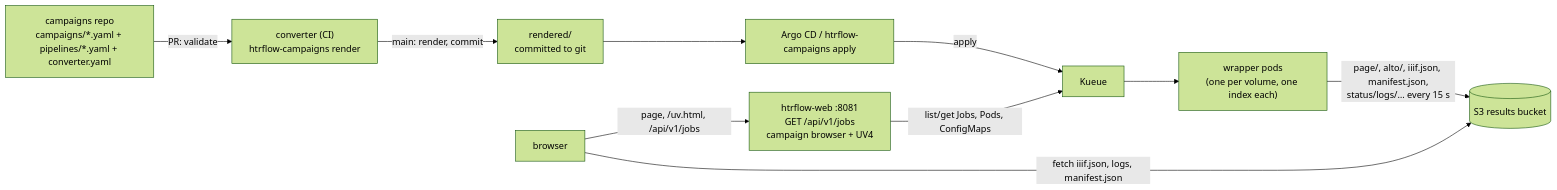
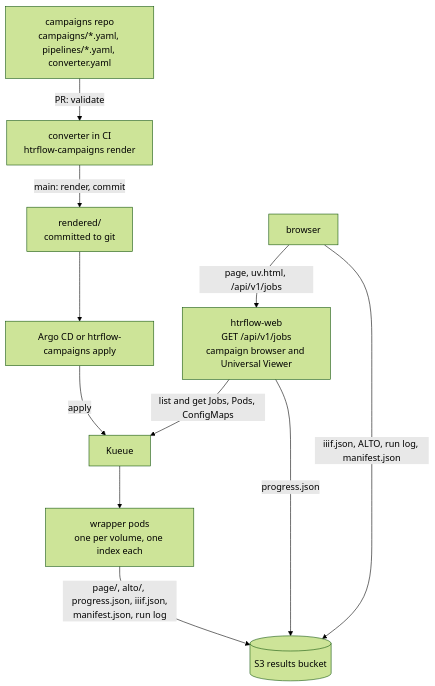
One commit to AI-Riksarkivet/htrflow-batch changed the diagram in docs/how-it-works/campaigns.md. Above: the diagram before and after it, drawn with Mermaid (forest theme). The commit also changed other lines of this file and 1 other file, not shown here.

First line of the commit message:
docs(how-it-works): campaigns holds the repo, the render with a worked example, and trade-offs stated generally

````diff
--- a/docs/how-it-works/campaigns.md
+++ b/docs/how-it-works/campaigns.md
@@ -39,20 +39,21 @@
 ```mermaid
-flowchart LR
-    G["campaigns repo<br/>campaigns/*.yaml + pipelines/*.yaml + converter.yaml"]
-    C["converter (CI)<br/>htrflow-campaigns render"]
+flowchart TB
+    G["campaigns repo<br/>campaigns/*.yaml, pipelines/*.yaml, converter.yaml"]
+    C["converter in CI<br/>htrflow-campaigns render"]
     R["rendered/<br/>committed to git"]
-    A["Argo CD / htrflow-campaigns apply"]
+    A["Argo CD or htrflow-campaigns apply"]
     K["Kueue"]
-    W["wrapper pods<br/>(one per volume, one index each)"]
+    W["wrapper pods<br/>one per volume, one index each"]
     S[("S3 results bucket")]
-    API["htrflow-web :8081<br/>GET /api/v1/jobs<br/>campaign browser + UV4"]
+    API["htrflow-web<br/>GET /api/v1/jobs<br/>campaign browser and Universal Viewer"]
     B["browser"]
 
     G -->|"PR: validate"| C
     C -->|"main: render, commit"| R
     R --> A -->|apply| K --> W
-    W -->|"page/, alto/, iiif.json, manifest.json,<br/>status/logs/… every 15 s"| S
-    API -->|"list/get Jobs, Pods, ConfigMaps"| K
-    B -->|"page, /uv.html, /api/v1/jobs"| API
-    B -->|"fetch iiif.json, logs, manifest.json"| S
+    W -->|"page/, alto/, progress.json, iiif.json,<br/>manifest.json, run log"| S
+    API -->|"list and get Jobs, Pods, ConfigMaps"| K
+    API -->|"progress.json"| S
+    B -->|"page, uv.html, /api/v1/jobs"| API
+    B -->|"iiif.json, ALTO, run log, manifest.json"| S
 ```
````
